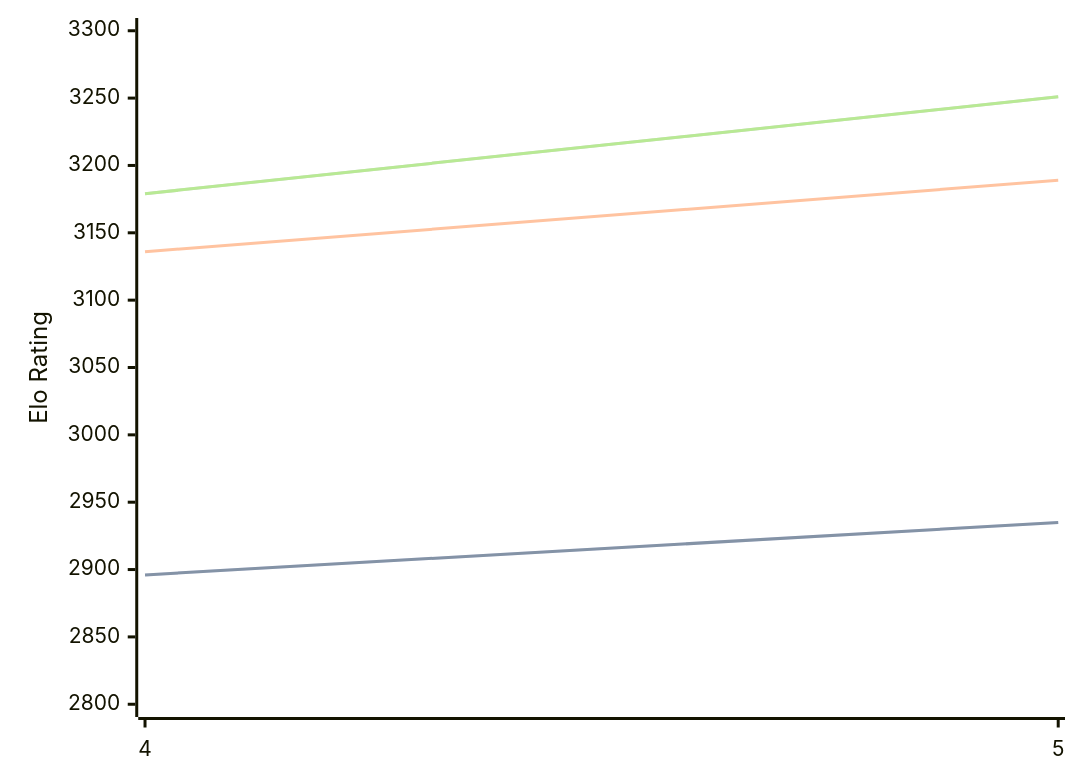
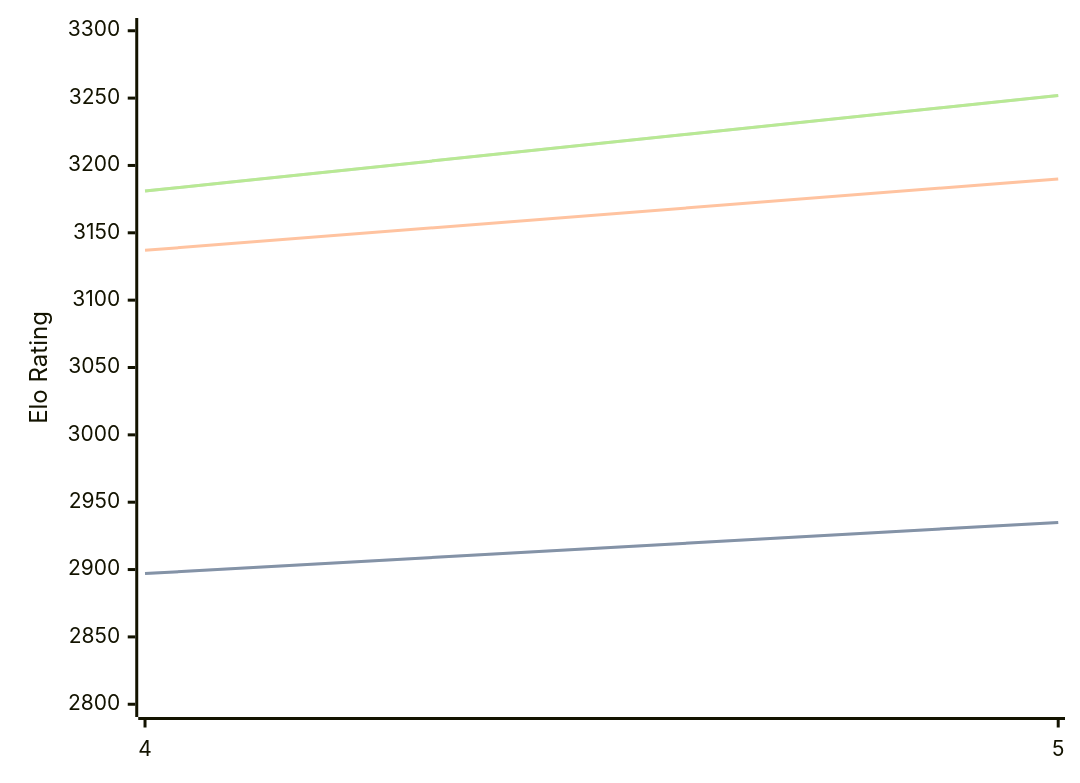
Before and after one commit to computer-chess-index/cci: the diagram in engines/Cwtch.md, drawn with Mermaid. The commit also changed other lines of this file, not shown here.

Commit message:
Update CCI Ratings (ELO VLTC) - 2026-05-12

````diff
--- a/engines/Cwtch.md
+++ b/engines/Cwtch.md
@@ -34,11 +34,11 @@
 ```mermaid
 %%{init: {"theme":"base","themeVariables":{"seriesColors:['#a3a3a3','#222221','#faa371']}}}%%
 xychart-beta
   x-axis ["4", "5"]
   y-axis "Elo Rating" 2800 --> 3300
-  line "STC (8.0+0.08s)" [2896, 2935]
-  line "STC (8.0+0.08s)" [2896, 2935]
-  line "LTC (60.0+0.60s)" [3136, 3189]
-  line "VLTC (2m24s+1.12s)" [3179, 3251]
-  line "VLTC (2m24s+1.12s)" [3179, 3251]
+  line "STC (8.0+0.08s)" [2897, 2935]
+  line "STC (8.0+0.08s)" [2897, 2935]
+  line "LTC (60.0+0.60s)" [3137, 3190]
+  line "VLTC (2m24s+1.12s)" [3181, 3252]
+  line "VLTC (2m24s+1.12s)" [3181, 3252]
 ```
````
